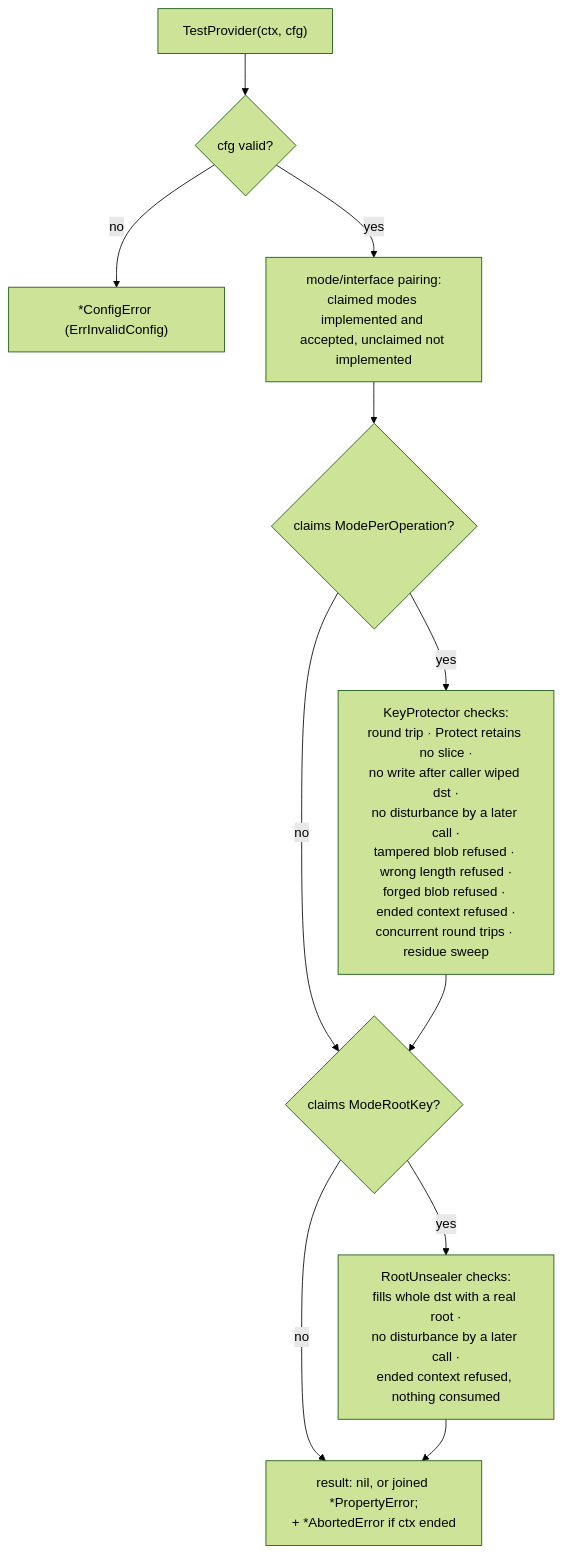
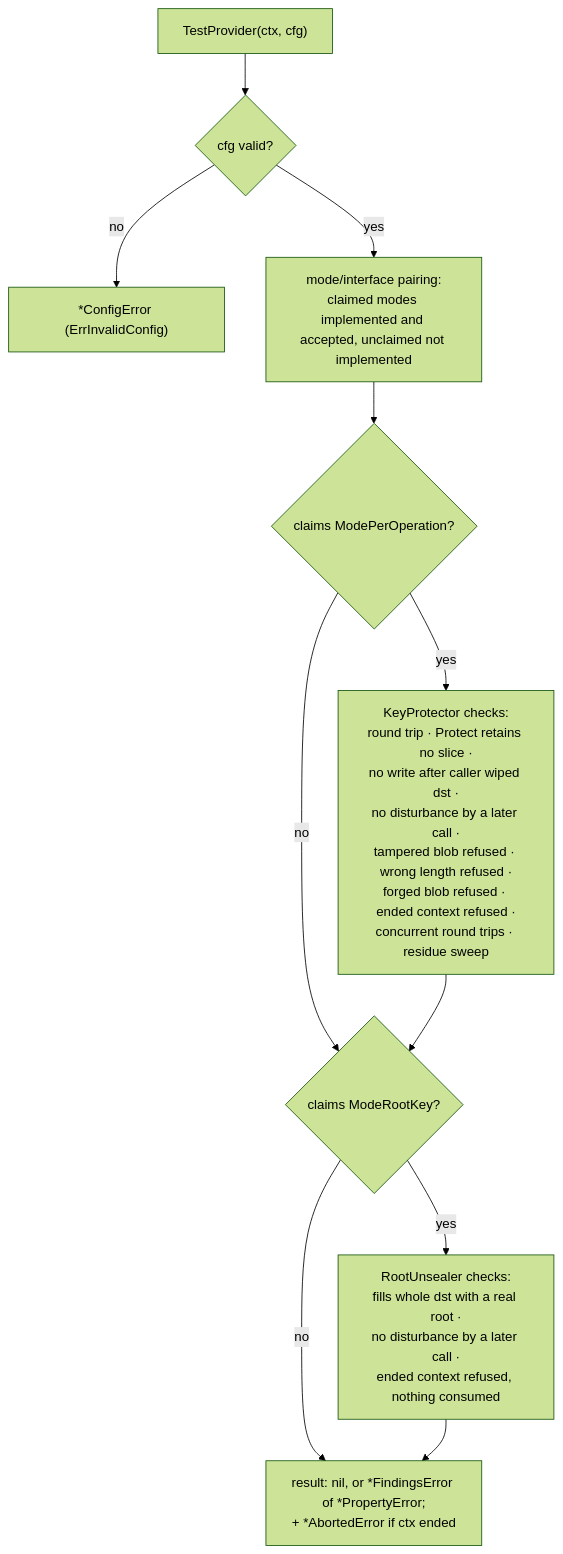
One commit to jeremyhahn/go-enclave changed the diagram in docs/provider-conformance/architecture.md. Above: the diagram before and after it, drawn with Mermaid (forest theme). The commit also changed other lines of this file and 54 other files, not shown here.

````diff
--- a/docs/provider-conformance/architecture.md
+++ b/docs/provider-conformance/architecture.md
@@ -26,13 +26,13 @@
 ```mermaid
 flowchart TD
   T["TestProvider(ctx, cfg)"] --> V{cfg valid?}
   V -- no --> CE["*ConfigError (ErrInvalidConfig)"]
   V -- yes --> MP["mode/interface pairing:<br/>claimed modes implemented and accepted, unclaimed not implemented"]
   MP --> KP{"claims ModePerOperation?"}
   KP -- yes --> KPC["KeyProtector checks:<br/>round trip · Protect retains no slice ·<br/>no write after caller wiped dst ·<br/>no disturbance by a later call ·<br/>tampered blob refused · wrong length refused ·<br/>forged blob refused · ended context refused ·<br/>concurrent round trips · residue sweep"]
   KP -- no --> RU
   KPC --> RU{"claims ModeRootKey?"}
   RU -- yes --> RUC["RootUnsealer checks:<br/>fills whole dst with a real root ·<br/>no disturbance by a later call ·<br/>ended context refused, nothing consumed"]
   RU -- no --> R
-  RUC --> R["result: nil, or joined *PropertyError;<br/>+ *AbortedError if ctx ended"]
+  RUC --> R["result: nil, or *FindingsError of *PropertyError;<br/>+ *AbortedError if ctx ended"]
 ```
````
